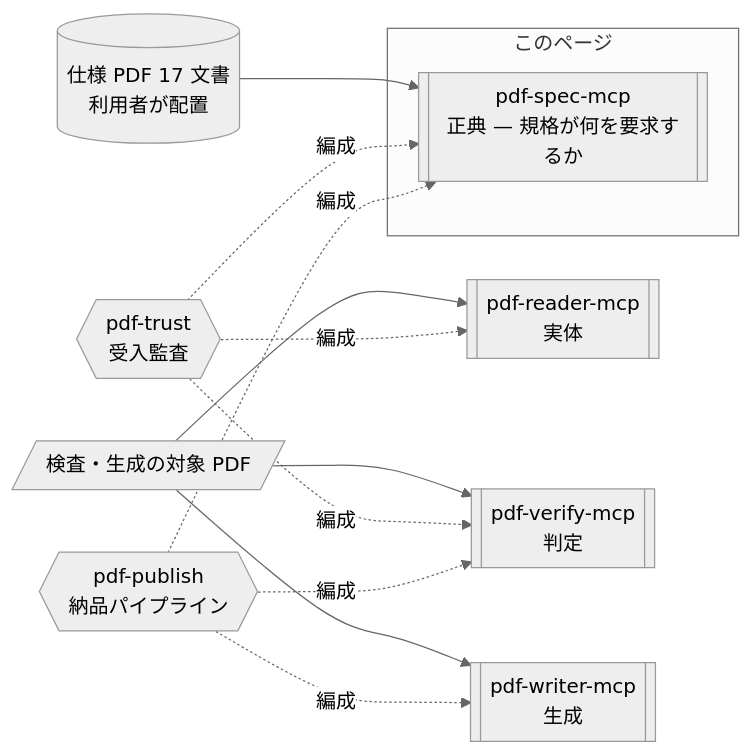
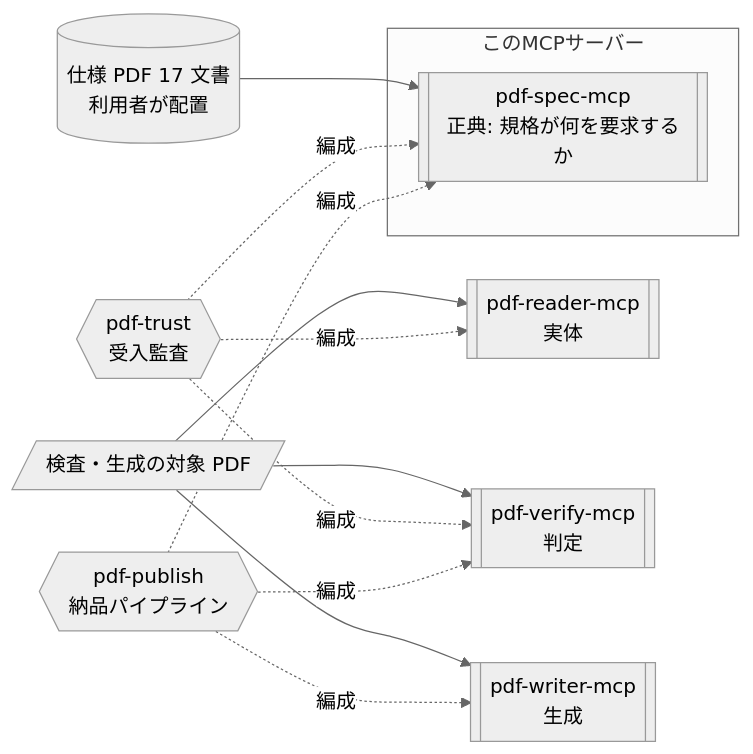
The diagram in site/docs/ja/mcp/pdf-spec.md (shuji-bonji/pdf-agent-stack), drawn with Mermaid (neutral theme) before and after one commit. The commit also changed other lines of this file and 12 other files, not shown here.

Commit message:
fix: pdf-spec-mcp 紹介ページの文章改善

````diff
--- a/site/docs/ja/mcp/pdf-spec.md
+++ b/site/docs/ja/mcp/pdf-spec.md
@@ -24,16 +29,16 @@
 ```mermaid
 graph LR
   CORPUS[("仕様 PDF 17 文書<br>利用者が配置")] --> SPEC
   TARGET[/"検査・生成の対象 PDF"/] --> READER & VERIFY & WRITER
 
-  subgraph SELF["このページ"]
-    SPEC[["pdf-spec-mcp<br>正典 — 規格が何を要求するか"]]
+  subgraph SELF["このMCPサーバー"]
+    SPEC[["pdf-spec-mcp<br>正典: 規格が何を要求するか"]]
   end
 
   READER[["pdf-reader-mcp<br>実体"]]
   VERIFY[["pdf-verify-mcp<br>判定"]]
   WRITER[["pdf-writer-mcp<br>生成"]]
 
   TRUST{{"pdf-trust<br>受入監査"}} -.->|編成| SPEC & VERIFY & READER
   PUBLISH{{"pdf-publish<br>納品パイプライン"}} -.->|編成| SPEC & VERIFY & WRITER
 ```
````
